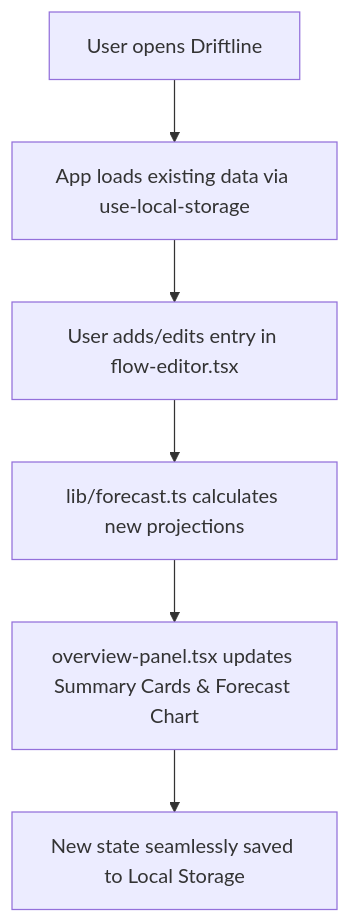
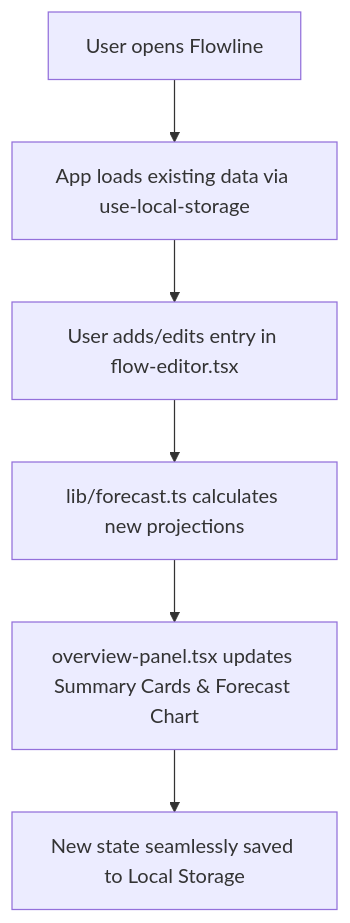
Before and after one commit to beannfeeder/flowline: the first of 2 diagrams in README.md, drawn with Mermaid. The commit also changed other lines of this file, not shown here.

Commit message:
doc: add prod website link and rename to Flowline 	modified:   README.md

````diff
--- a/README.md
+++ b/README.md
@@ -66,9 +70,9 @@
 ```mermaid
 graph TD
-    A[User opens Driftline] --> B[App loads existing data via use-local-storage]
+    A[User opens Flowline] --> B[App loads existing data via use-local-storage]
     B --> C[User adds/edits entry in flow-editor.tsx]
     C --> D[lib/forecast.ts calculates new projections]
     D --> E[overview-panel.tsx updates Summary Cards & Forecast Chart]
     E --> F[New state seamlessly saved to Local Storage]
 
 ```
````
